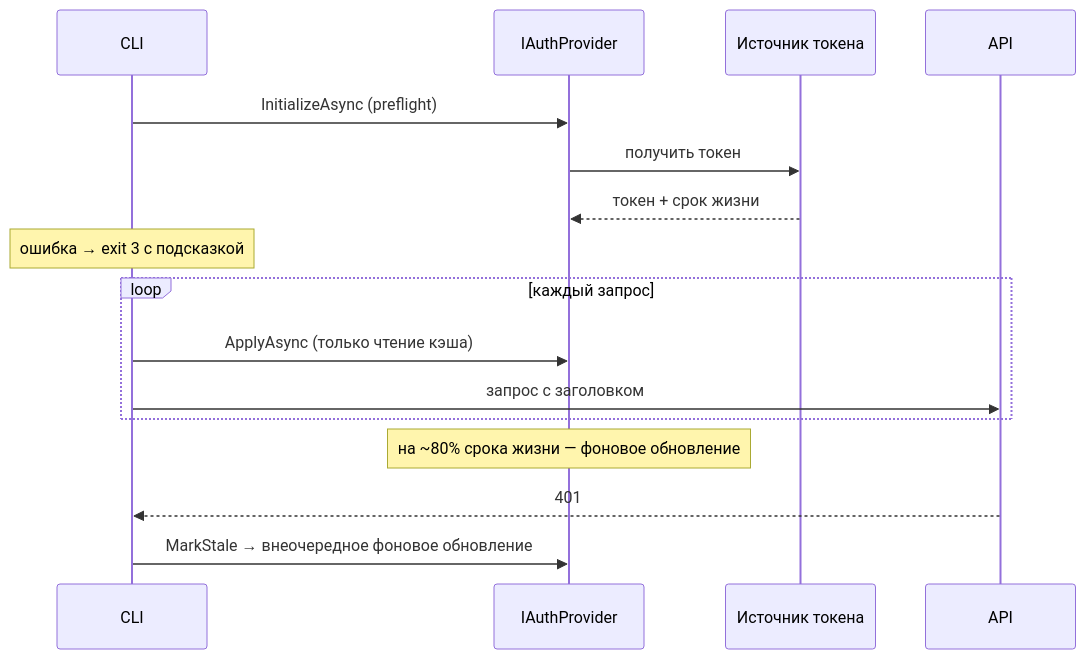
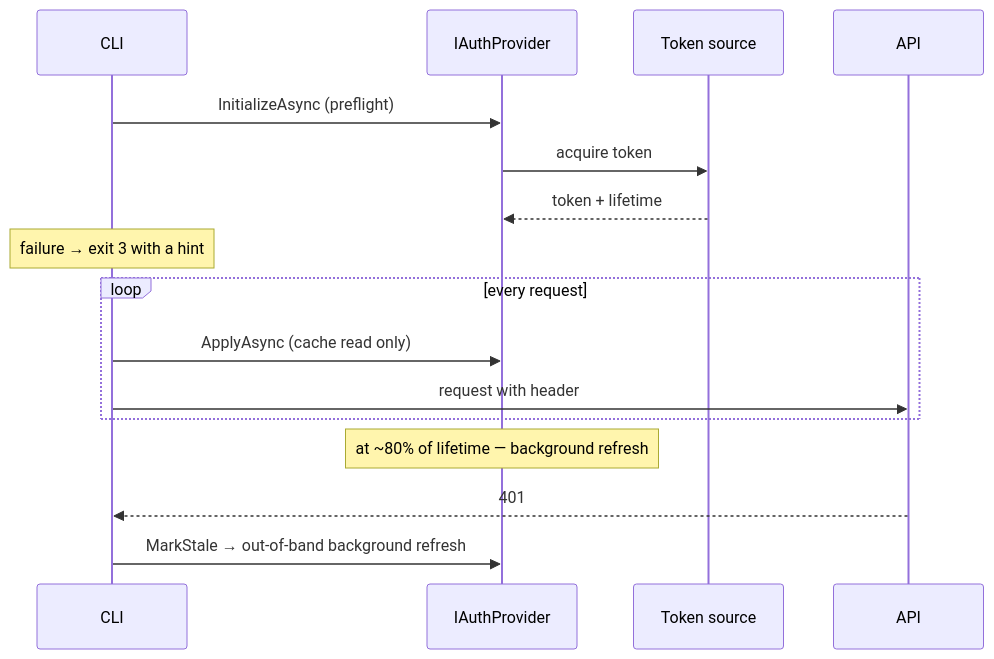
Before and after one commit to zhiganik/LoadKit: the diagram in docs/architecture/AUTH.md, drawn with Mermaid. The commit also changed other lines of this file and 25 other files, not shown here.

````diff
--- a/docs/architecture/AUTH.md
+++ b/docs/architecture/AUTH.md
@@ -69,18 +69,18 @@
 ```mermaid
 sequenceDiagram
     participant CLI
     participant Provider as IAuthProvider
-    participant IdP as Источник токена
+    participant IdP as Token source
     participant API
     CLI->>Provider: InitializeAsync (preflight)
-    Provider->>IdP: получить токен
-    IdP-->>Provider: токен + срок жизни
-    Note over CLI: ошибка → exit 3 с подсказкой
-    loop каждый запрос
-        CLI->>Provider: ApplyAsync (только чтение кэша)
-        CLI->>API: запрос с заголовком
+    Provider->>IdP: acquire token
+    IdP-->>Provider: token + lifetime
+    Note over CLI: failure → exit 3 with a hint
+    loop every request
+        CLI->>Provider: ApplyAsync (cache read only)
+        CLI->>API: request with header
     end
-    Note over Provider: на ~80% срока жизни — фоновое обновление
+    Note over Provider: at ~80% of lifetime — background refresh
     API-->>CLI: 401
-    CLI->>Provider: MarkStale → внеочередное фоновое обновление
+    CLI->>Provider: MarkStale → out-of-band background refresh
 ```
````
